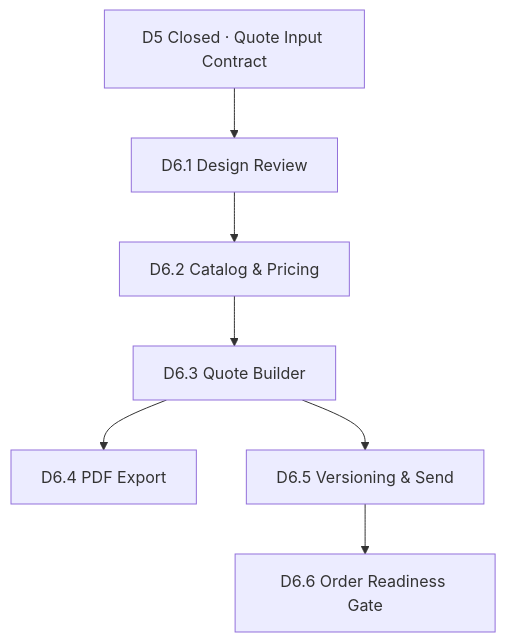
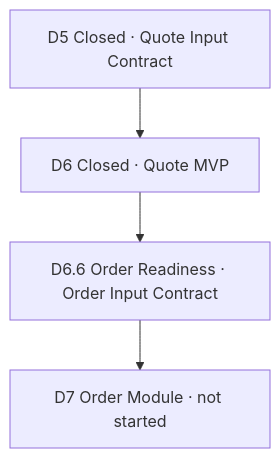
One commit to StefanoJIA/PartnerOS changed the diagram in docs/phase2/phase2_roadmap.md. Above: the diagram before and after it, drawn with Mermaid. The commit also changed other lines of this file and 7 other files, not shown here.

First line of the commit message:
docs(release): close D6 quote MVP and define D7 readiness

````diff
--- a/docs/phase2/phase2_roadmap.md
+++ b/docs/phase2/phase2_roadmap.md
@@ -39,17 +55,11 @@
 ```mermaid
 flowchart TD
   D5[D5 Closed · Quote Input Contract]
-  D61[D6.1 Design Review]
-  D62[D6.2 Catalog & Pricing]
-  D63[D6.3 Quote Builder]
-  D64[D6.4 PDF Export]
-  D65[D6.5 Versioning & Send]
-  D66[D6.6 Order Readiness Gate]
+  D6[D6 Closed · Quote MVP]
+  D66[D6.6 Order Readiness · Order Input Contract]
+  D7[D7 Order Module · not started]
 
-  D5 --> D61
-  D61 --> D62
-  D62 --> D63
-  D63 --> D64
-  D63 --> D65
-  D65 --> D66
+  D5 --> D6
+  D6 --> D66
+  D66 --> D7
 ```
````
